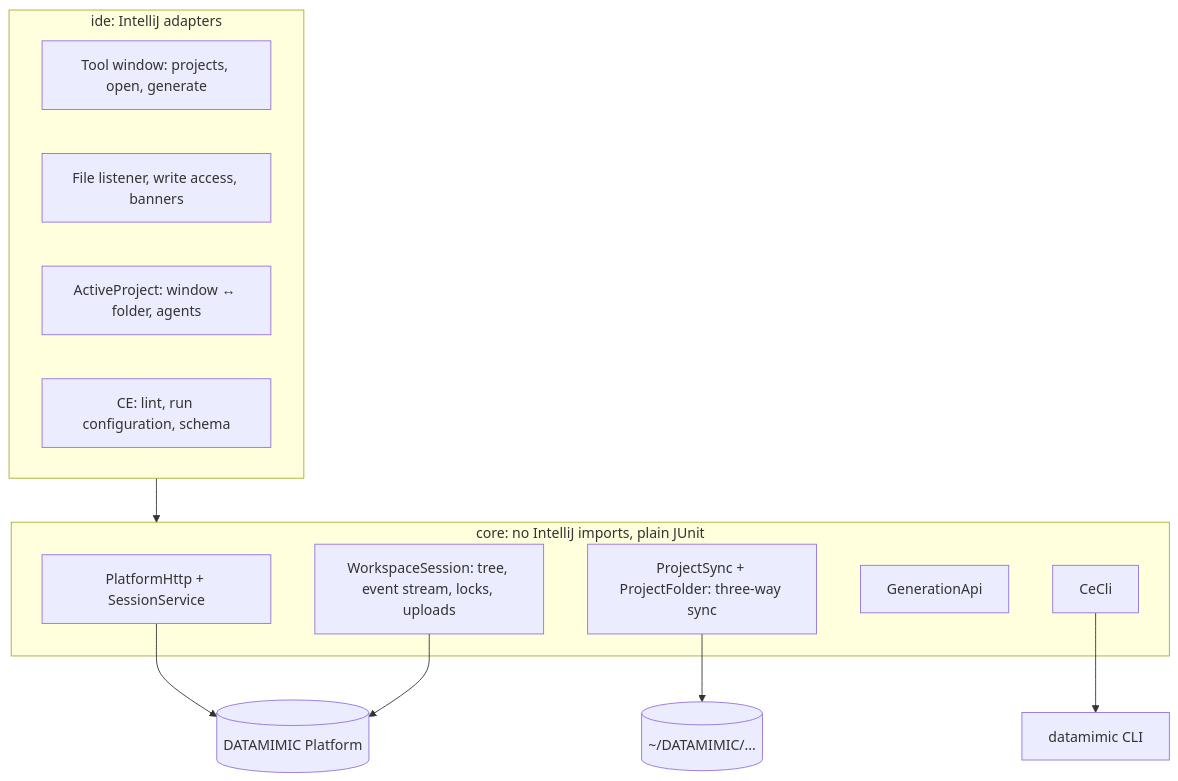
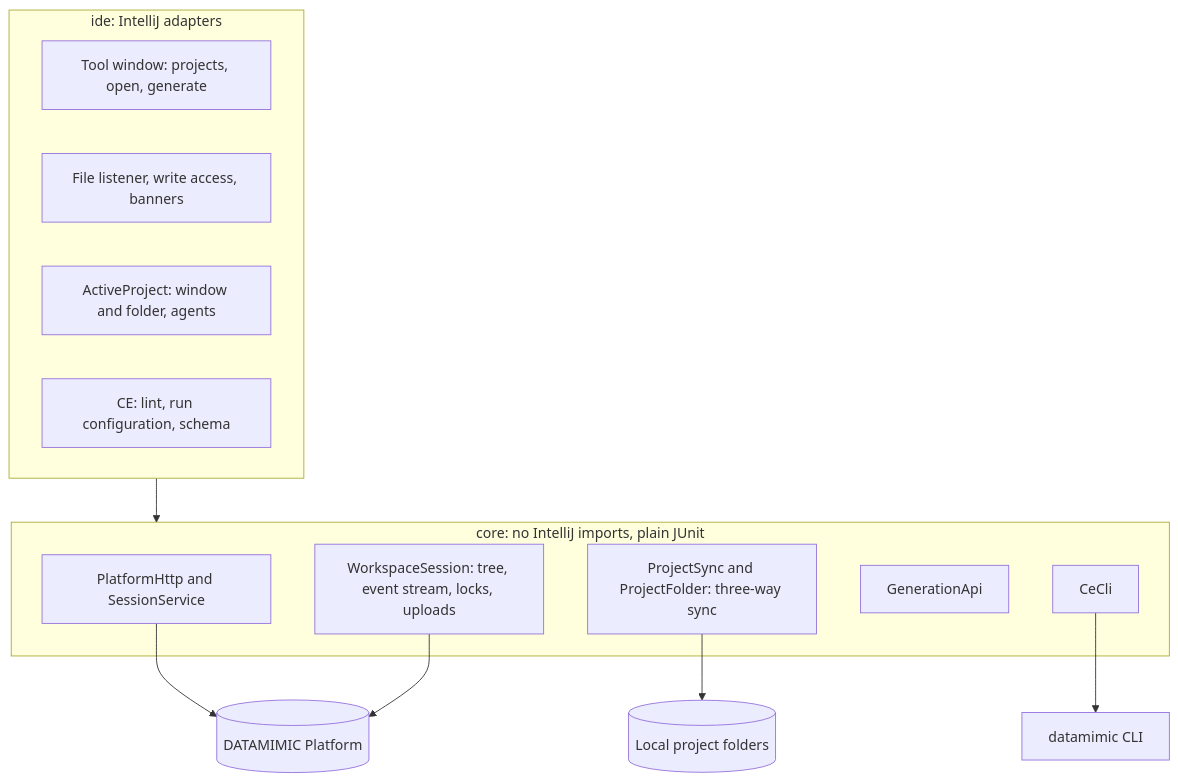
The diagram in README.md (rapiddweller/datamimic-jetbrains), drawn with Mermaid before and after one commit. The commit also changed 3 other files, not shown here.

First line of the commit message:
Quote Mermaid labels so diagrams render in every viewer

````diff
--- a/README.md
+++ b/README.md
@@ -41,21 +41,21 @@
 ```mermaid
 flowchart TB
   subgraph ide["ide: IntelliJ adapters"]
-    TW[Tool window: projects, open, generate]
-    FL[File listener, write access, banners]
-    AP[ActiveProject: window ↔ folder, agents]
-    LOC[CE: lint, run configuration, schema]
+    TW["Tool window: projects, open, generate"]
+    FL["File listener, write access, banners"]
+    AP["ActiveProject: window and folder, agents"]
+    LOC["CE: lint, run configuration, schema"]
   end
   subgraph core["core: no IntelliJ imports, plain JUnit"]
-    HTTP[PlatformHttp + SessionService]
-    WS[WorkspaceSession: tree, event stream, locks, uploads]
-    SY[ProjectSync + ProjectFolder: three-way sync]
+    HTTP["PlatformHttp and SessionService"]
+    WS["WorkspaceSession: tree, event stream, locks, uploads"]
+    SY["ProjectSync and ProjectFolder: three-way sync"]
     GEN[GenerationApi]
     CE[CeCli]
   end
   ide --> core
-  HTTP --> P[(DATAMIMIC Platform)]
+  HTTP --> P[("DATAMIMIC Platform")]
   WS --> P
-  SY --> D[(~/DATAMIMIC/...)]
-  CE --> C[datamimic CLI]
+  SY --> D[("Local project folders")]
+  CE --> C["datamimic CLI"]
 ```
````
